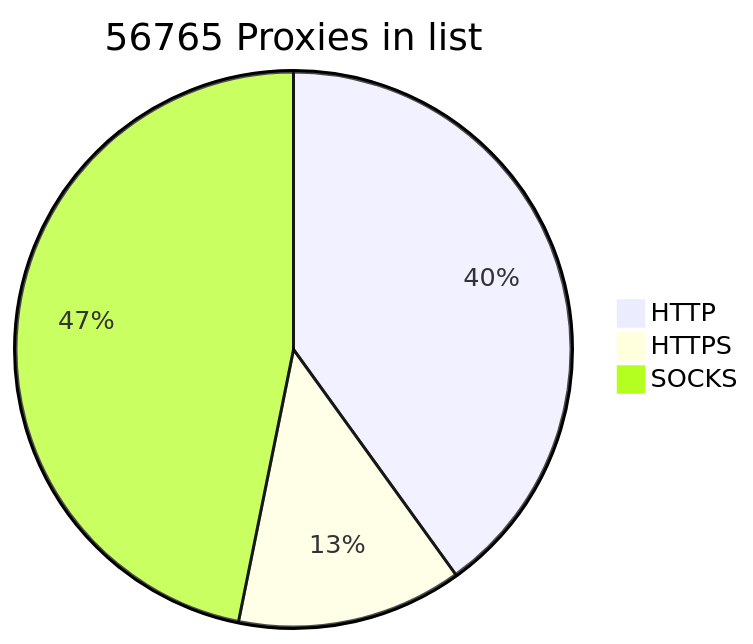
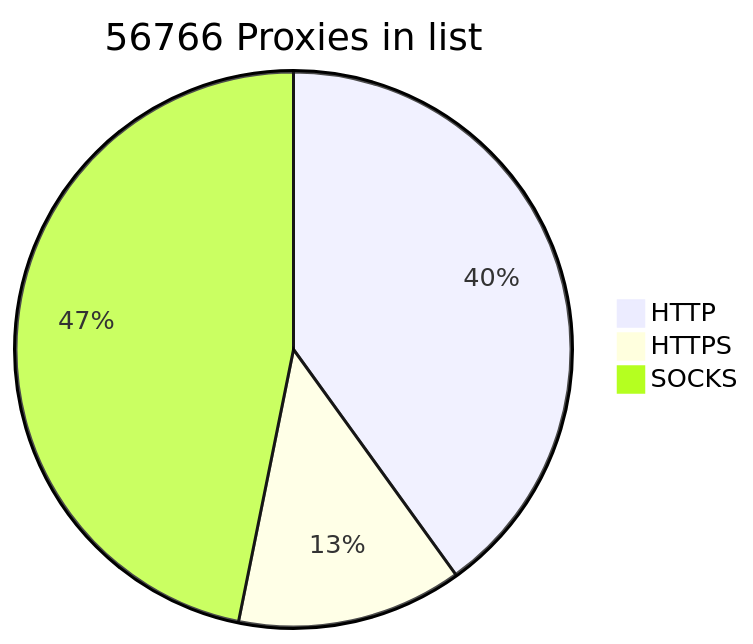
One commit to BlackSnowDot/proxylist-update-every-minute changed the diagram in README.md. Above: the diagram before and after it, drawn with Mermaid.

````diff
--- a/README.md
+++ b/README.md
@@ -2,6 +2,6 @@
 ```mermaid
-pie title 56765 Proxies in list
+pie title 56766 Proxies in list
     "HTTP" : 25568
     "HTTPS": 8373
-    "SOCKS" : 29887
+    "SOCKS" : 29888
 ```
````
